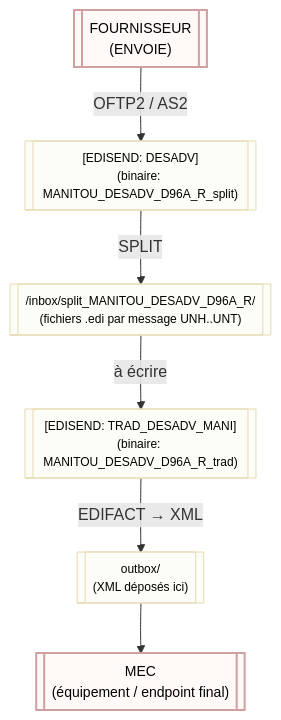
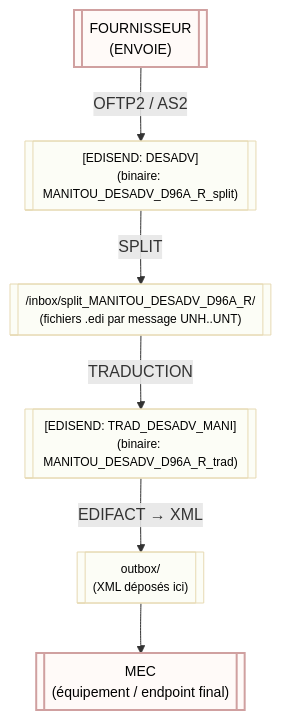
The diagram in README.md (HMaPredell/visuel), drawn with Mermaid before and after one commit.

````diff
--- a/README.md
+++ b/README.md
@@ -14,19 +14,19 @@
 ```mermaid
 flowchart TD
   %% Large blocks, vertical layout
   classDef bigBlock fill:#fffaf8,stroke:#d0a0a0,stroke-width:2px,color:#000,font-size:14px;
   classDef stepBlock fill:#fcfdf6,stroke:#e6d9b2,stroke-width:1px,color:#000,font-size:12px;
 
    FOURNISSEUR[["FOURNISSEUR<br/>(ENVOIE)<br/>"]]:::bigBlock
    EDISEND_SPLIT[["[EDISEND: DESADV]<br/>(binaire: MANITOU_DESADV_D96A_R_split)<br/>"]]:::stepBlock
   SPLIT_DIR[["/inbox/split_MANITOU_DESADV_D96A_R/<br/>(fichiers .edi par message UNH..UNT)"]]:::stepBlock
    EDISEND_TRAD[["[EDISEND: TRAD_DESADV_MANI]<br/>(binaire: MANITOU_DESADV_D96A_R_trad)<br/>"]]:::stepBlock
    OUTBOX[["outbox/<br/>(XML déposés ici)"]]:::stepBlock
    MEC[["MEC<br/>(équipement / endpoint final)"]]:::bigBlock
 
   FOURNISSEUR -->|OFTP2 / AS2| EDISEND_SPLIT
   EDISEND_SPLIT -->|SPLIT| SPLIT_DIR
-  SPLIT_DIR -->|à écrire| EDISEND_TRAD
+  SPLIT_DIR -->|TRADUCTION| EDISEND_TRAD
   EDISEND_TRAD -->|EDIFACT → XML| OUTBOX
   OUTBOX --> MEC
 ```
````
